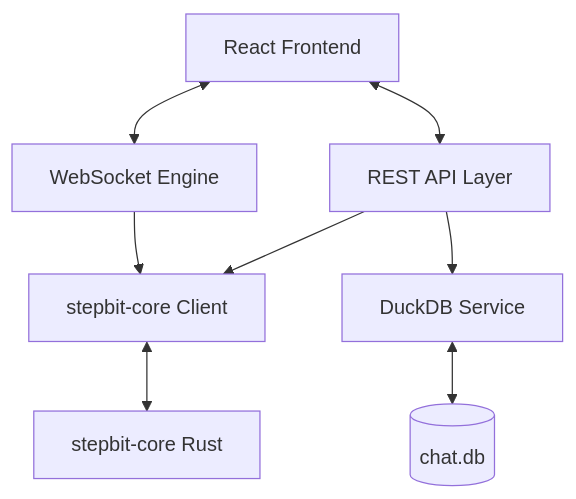
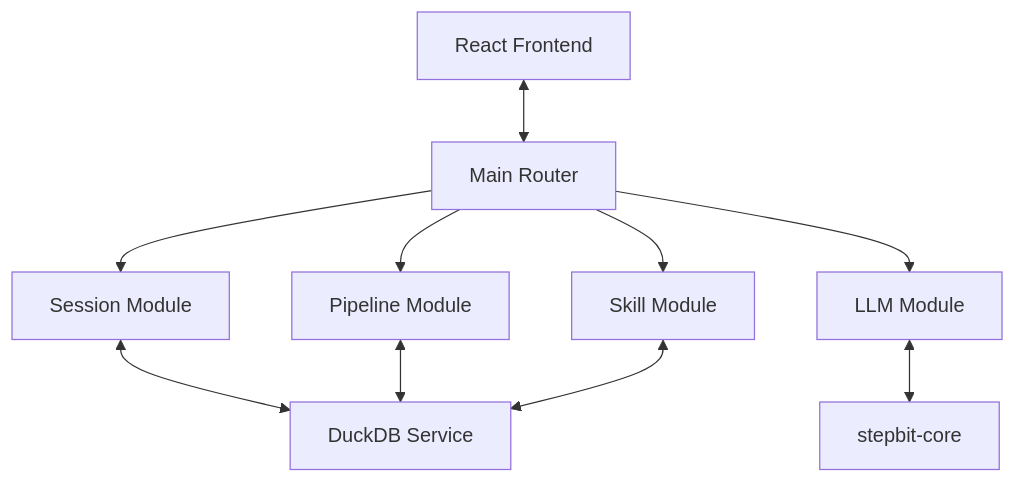
The diagram in ARCHITECTURE.md (jacovinus/stepbit-app), drawn with Mermaid before and after one commit. The commit also changed other lines of this file and 49 other files, not shown here.

Commit message:
feat: Implement modular architecture with dedicated LLM, Session, Storage, Pipeline, Skill, and Config modules, including handlers, services, routes, and models.

````diff
--- a/ARCHITECTURE.md
+++ b/ARCHITECTURE.md
@@ -7,10 +50,13 @@
 ```mermaid
 graph TD
-    UI[React Frontend] <--> WS[WebSocket Engine]
-    UI <--> API[REST API Layer]
-    API --> Core[stepbit-core Client]
-    WS --> Core
-    API --> DB[DuckDB Service]
-    Core <--> SC[stepbit-core Rust]
-    DB <--> ChatDB[(chat.db)]
+    UI[React Frontend] <--> MB[Main Router]
+    MB --> SM[Session Module]
+    MB --> KM[Skill Module]
+    MB --> PM[Pipeline Module]
+    MB --> LM[LLM Module]
+    
+    LM <--> Core[stepbit-core]
+    SM <--> DB[DuckDB Service]
+    PM <--> DB
+    KM <--> DB
 ```
````
